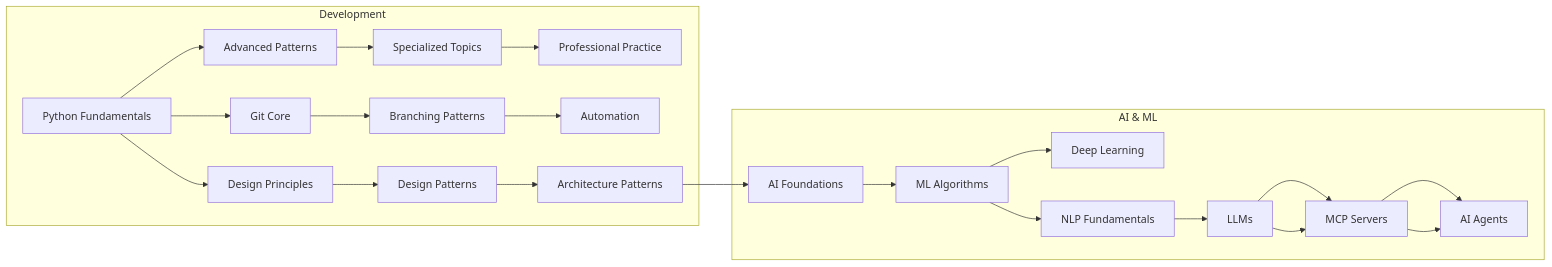
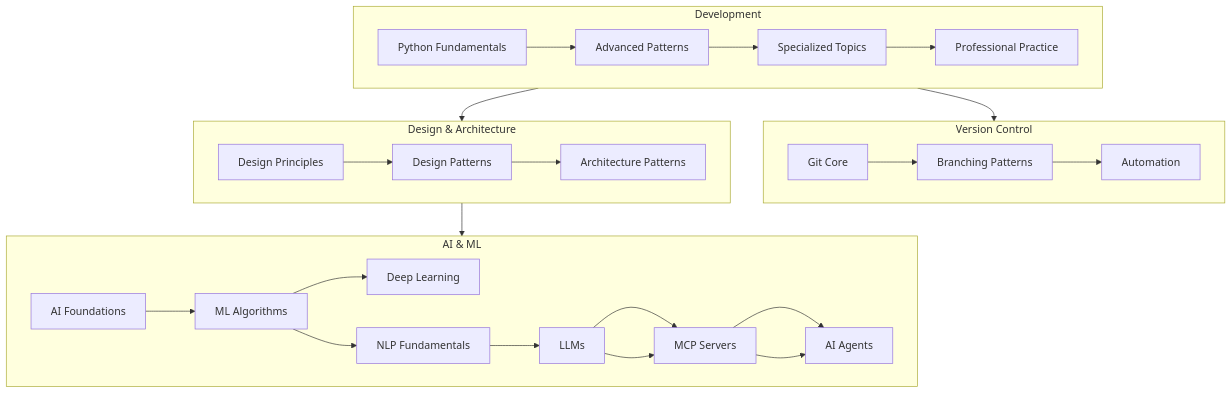
Before and after one commit to Swamy-s-Tech-Skills-Academy/swamy-tech-skills-academy-main: the diagram in 03_ReferenceLibrary/INDEX.md, drawn with Mermaid. The commit also changed 16 other files, not shown here.

````diff
--- a/03_ReferenceLibrary/INDEX.md
+++ b/03_ReferenceLibrary/INDEX.md
@@ -41,34 +41,35 @@
 ```mermaid
-flowchart LR
-       subgraph Dev[Development]
-              PYF[Python Fundamentals]
-              PYA[Advanced Patterns]
-              PYS[Specialized Topics]
-              PYP[Professional Practice]
-              GITC[Git Core]
-              GITB[Branching Patterns]
-              GITA[Automation]
-              DESP[Design Principles]
-              DESD[Design Patterns]
-              DESA[Architecture Patterns]
-       end
+flowchart TB
 
-       subgraph AI[AI & ML]
-              AIF[AI Foundations]
-              MLALG[ML Algorithms]
-              DNN[Deep Learning]
-              NLPF[NLP Fundamentals]
-              LLM[LLMs]
-              MCP[MCP Servers]
-              AGT[AI Agents]
-       end
+%% Row 1: Development progression
+subgraph Row1[Development]
+       direction LR
+       PYF[Python Fundamentals] --> PYA[Advanced Patterns] --> PYS[Specialized Topics] --> PYP[Professional Practice]
+end
 
-       PYF --> PYA --> PYS --> PYP
-       PYF --> GITC --> GITB --> GITA
-       DESP --> DESD --> DESA
-       PYF --> DESP
-       DESA --> AIF
-       AIF --> MLALG --> DNN
-       MLALG --> NLPF --> LLM --> MCP --> AGT
-       LLM --> MCP --> AGT
+%% Row 2: Version Control
+subgraph Row2[Version Control]
+       direction LR
+       GITC[Git Core] --> GITB[Branching Patterns] --> GITA[Automation]
+end
+
+%% Row 3: Design & Architecture
+subgraph Row3[Design & Architecture]
+       direction LR
+       DESP[Design Principles] --> DESD[Design Patterns] --> DESA[Architecture Patterns]
+end
+
+%% Row 4: AI & ML Path
+subgraph Row4[AI & ML]
+       direction LR
+       AIF[AI Foundations] --> MLALG[ML Algorithms] --> DNN[Deep Learning]
+       NLPF[NLP Fundamentals] --> LLM[LLMs] --> MCP[MCP Servers] --> AGT[AI Agents]
+end
+
+%% Cross-row dependencies
+PYF --> GITC
+PYF --> DESP
+DESA --> AIF
+MLALG --> NLPF
+LLM --> MCP --> AGT
 ```
````
